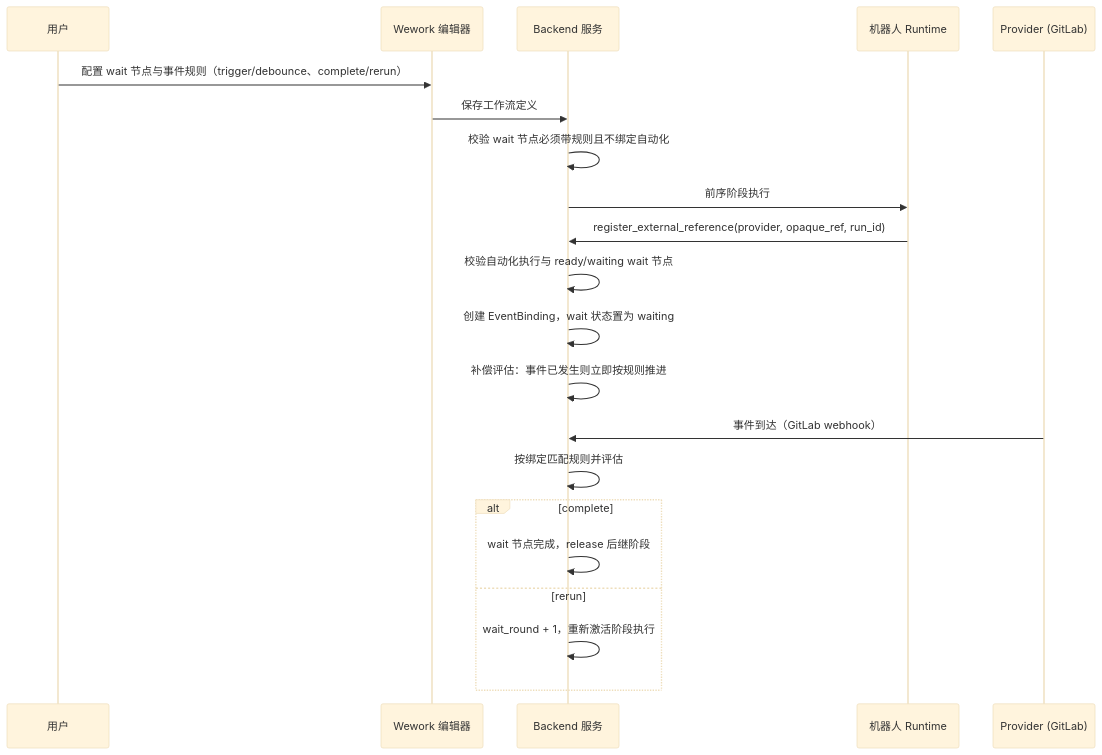
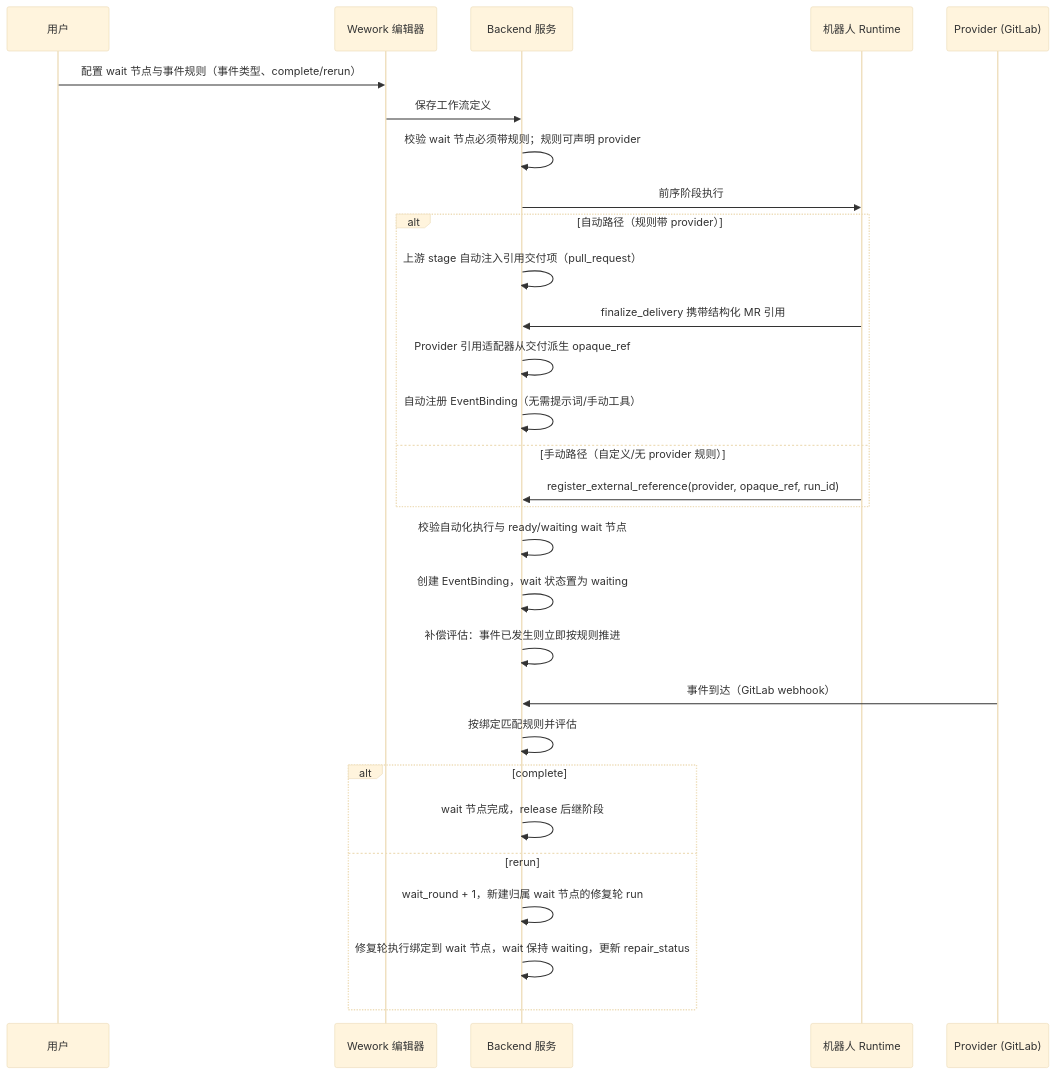
The second of 2 diagrams in docs/zh/architecture/external-event-subscription.md (wecode-ai/Wegent), drawn with Mermaid (base theme) before and after one commit. The commit also changed other lines of this file and 3 other files, not shown here.

Commit message:
docs: catalog external event subscription wait-node architecture

````diff
--- a/docs/zh/architecture/external-event-subscription.md
+++ b/docs/zh/architecture/external-event-subscription.md
@@ -24,24 +27,32 @@
 ```mermaid
 sequenceDiagram
     participant U as 用户
     participant E as Wework 编辑器
     participant B as Backend 服务
     participant R as 机器人 Runtime
     participant P as Provider (GitLab)
 
-    U->>E: 配置 wait 节点与事件规则（trigger/debounce、complete/rerun）
+    U->>E: 配置 wait 节点与事件规则（事件类型、complete/rerun）
     E->>B: 保存工作流定义
-    B->>B: 校验 wait 节点必须带规则且不绑定自动化
+    B->>B: 校验 wait 节点必须带规则；规则可声明 provider
     B->>R: 前序阶段执行
-    R->>B: register_external_reference(provider, opaque_ref, run_id)
+    alt 自动路径（规则带 provider）
+        B->>B: 上游 stage 自动注入引用交付项（pull_request）
+        R->>B: finalize_delivery 携带结构化 MR 引用
+        B->>B: Provider 引用适配器从交付派生 opaque_ref
+        B->>B: 自动注册 EventBinding（无需提示词/手动工具）
+    else 手动路径（自定义/无 provider 规则）
+        R->>B: register_external_reference(provider, opaque_ref, run_id)
+    end
     B->>B: 校验自动化执行与 ready/waiting wait 节点
     B->>B: 创建 EventBinding，wait 状态置为 waiting
     B->>B: 补偿评估：事件已发生则立即按规则推进
     P->>B: 事件到达（GitLab webhook）
     B->>B: 按绑定匹配规则并评估
     alt complete
         B->>B: wait 节点完成，release 后继阶段
     else rerun
-        B->>B: wait_round + 1，重新激活阶段执行
+        B->>B: wait_round + 1，新建归属 wait 节点的修复轮 run
+        B->>B: 修复轮执行绑定到 wait 节点，wait 保持 waiting，更新 repair_status
     end
 ```
````
